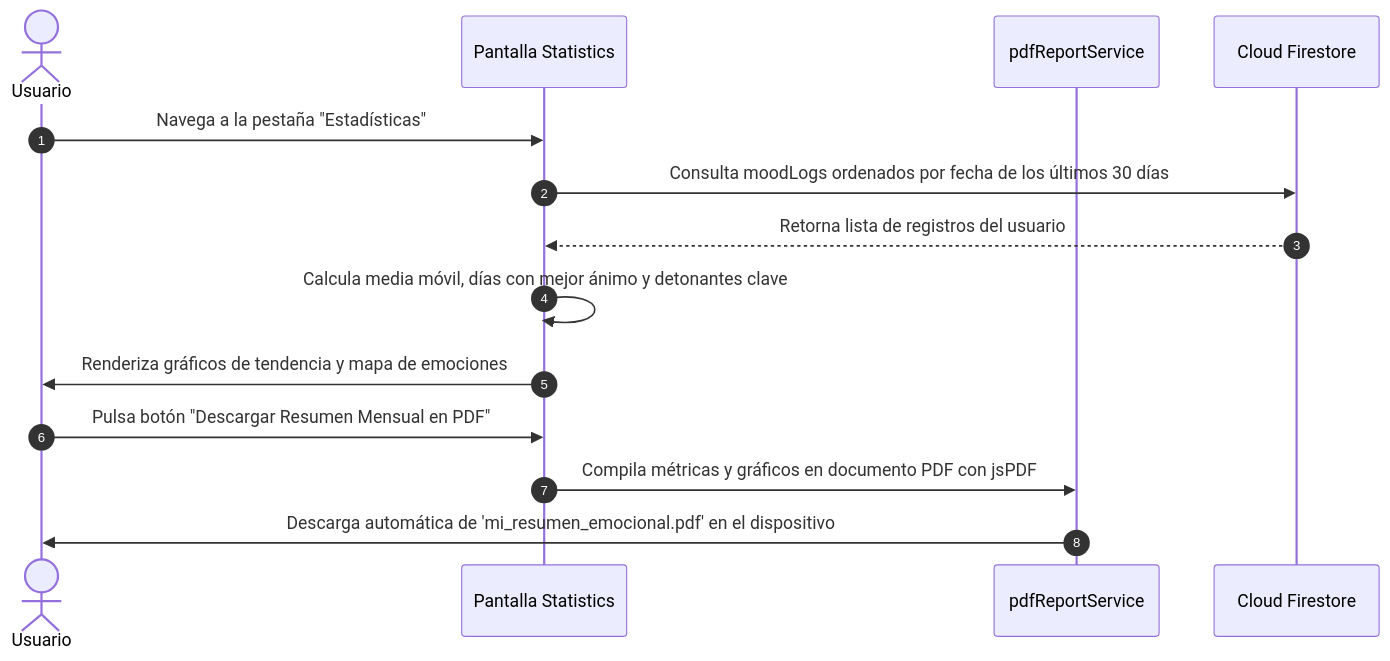
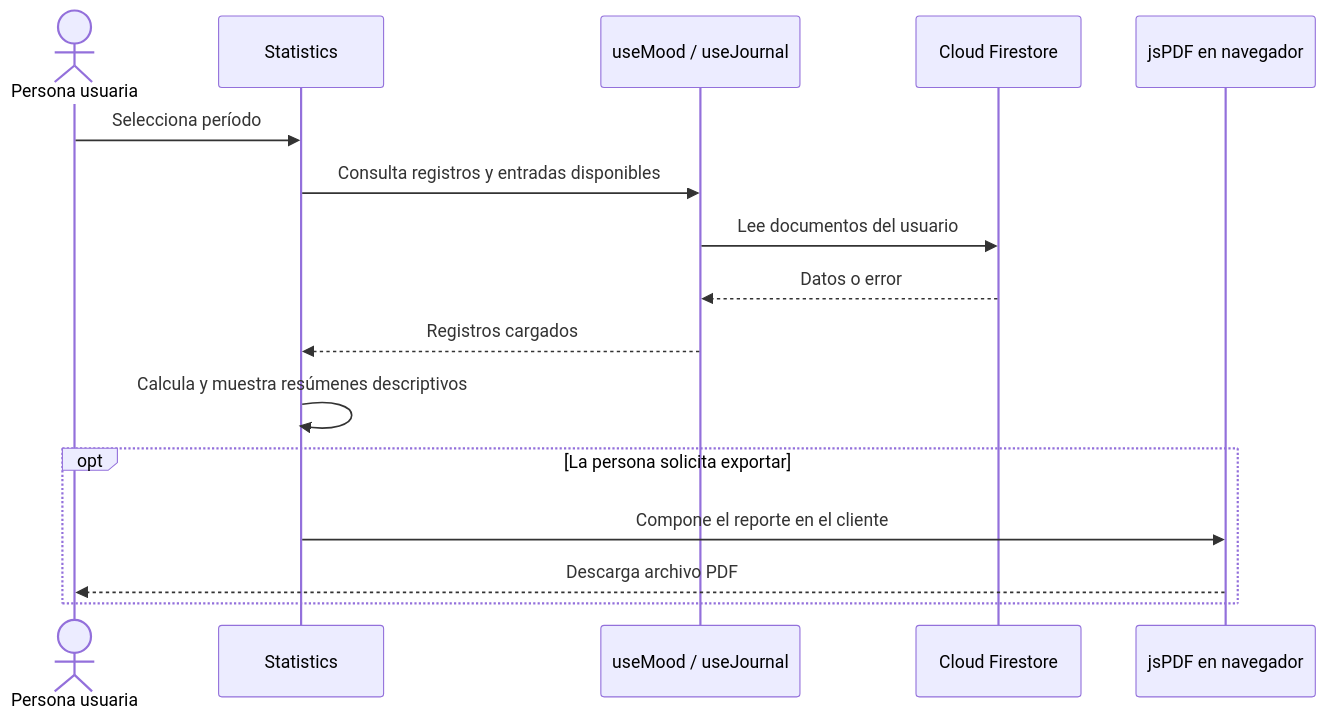
The fourth of 5 diagrams in docs/product/user-flows.md (axyra-app/Mood_Log_App), drawn with Mermaid before and after one commit. The commit also changed other lines of this file and 27 other files, not shown here.

Commit message:
docs: consolidate product and biometric roadmap

````diff
--- a/docs/product/user-flows.md
+++ b/docs/product/user-flows.md
@@ -85,17 +75,19 @@
 ```mermaid
 sequenceDiagram
-    autonumber
-    actor U as Usuario
-    participant Stats as Pantalla Statistics
-    participant PDF as pdfReportService
-    participant DB as Cloud Firestore
+    actor P as Persona usuaria
+    participant UI as Statistics
+    participant Hook as useMood / useJournal
+    participant FS as Cloud Firestore
+    participant PDF as jsPDF en navegador
 
-    U->>Stats: Navega a la pestaña "Estadísticas"
-    Stats->>DB: Consulta moodLogs ordenados por fecha de los últimos 30 días
-    DB-->>Stats: Retorna lista de registros del usuario
-    Stats->>Stats: Calcula media móvil, días con mejor ánimo y detonantes clave
-    Stats->>U: Renderiza gráficos de tendencia y mapa de emociones
-    U->>Stats: Pulsa botón "Descargar Resumen Mensual en PDF"
-    Stats->>PDF: Compila métricas y gráficos en documento PDF con jsPDF
-    PDF->>U: Descarga automática de 'mi_resumen_emocional.pdf' en el dispositivo
+    P->>UI: Selecciona período
+    UI->>Hook: Consulta registros y entradas disponibles
+    Hook->>FS: Lee documentos del usuario
+    FS-->>Hook: Datos o error
+    Hook-->>UI: Registros cargados
+    UI->>UI: Calcula y muestra resúmenes descriptivos
+    opt La persona solicita exportar
+        UI->>PDF: Compone el reporte en el cliente
+        PDF-->>P: Descarga archivo PDF
+    end
 ```
````
